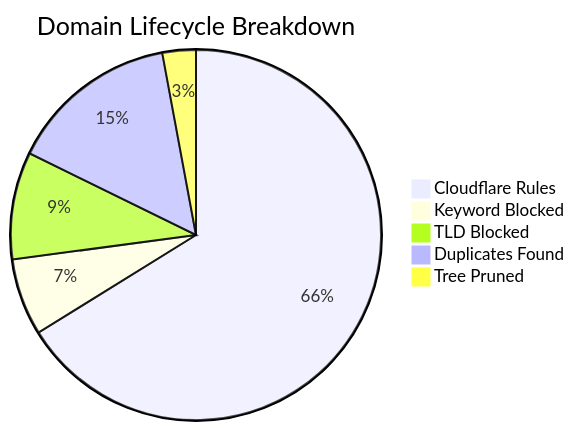
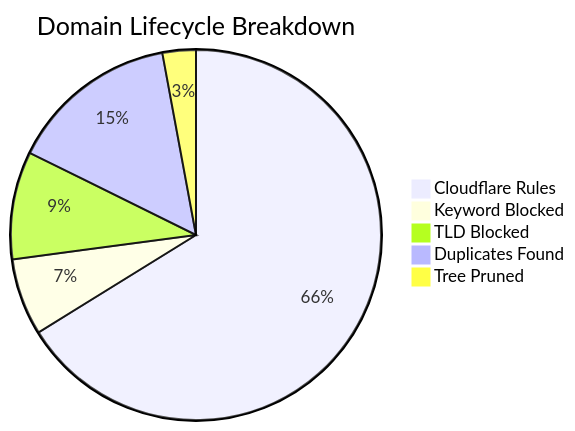
One commit to brojangles24/Cloudflare-ZeroTrust-AdBlock changed the diagram in README_STATS.md. Above: the diagram before and after it, drawn with Mermaid. The commit also changed other lines of this file and 1 other file, not shown here.

````diff
--- a/README_STATS.md
+++ b/README_STATS.md
@@ -5,8 +5,8 @@
 ```mermaid
 pie title Domain Lifecycle Breakdown
-    "Cloudflare Rules" : 277856
-    "Keyword Blocked" : 28209
-    "TLD Blocked" : 39361
-    "Duplicates Found" : 62224
-    "Tree Pruned" : 12262
+    "Cloudflare Rules" : 278306
+    "Keyword Blocked" : 28213
+    "TLD Blocked" : 39546
+    "Duplicates Found" : 62182
+    "Tree Pruned" : 12251
 ```
````
